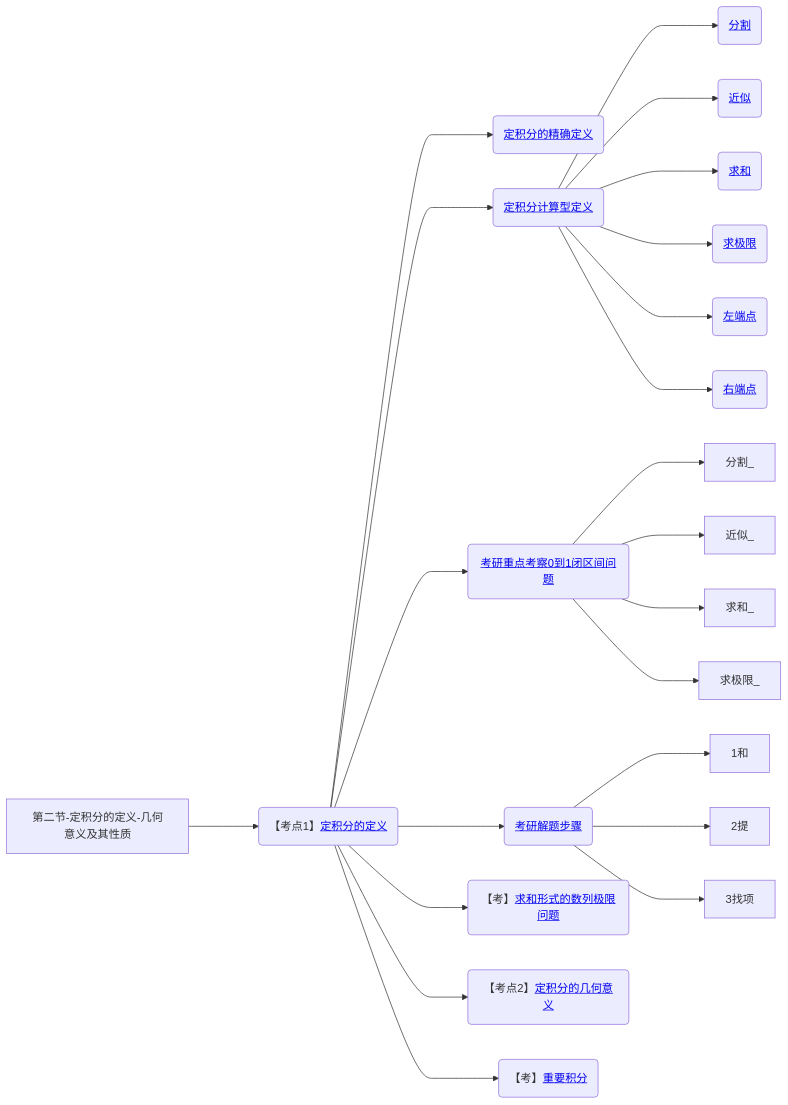
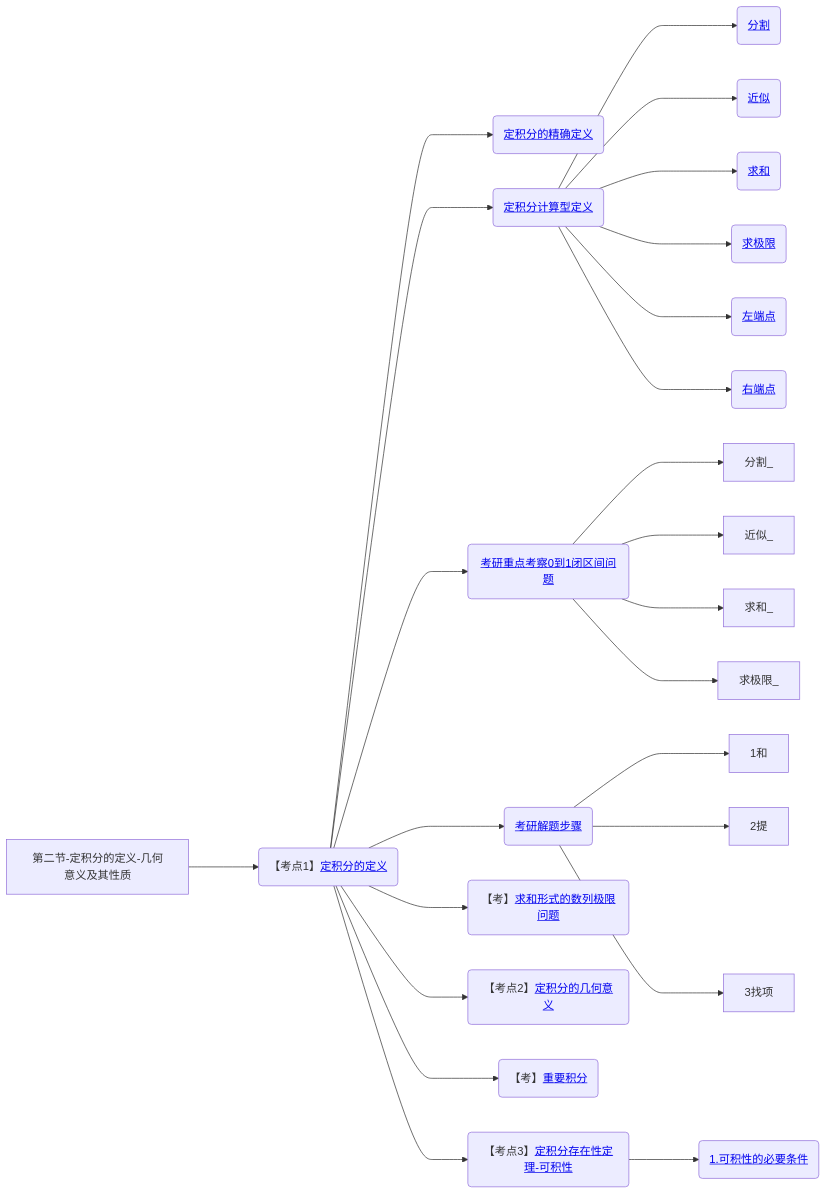
Before and after one commit to yuebinghui/note: diagram 19 of 19 in 笔记/数学/周洋鑫/01.基础班思维导图.md, drawn with Mermaid. The commit also changed 2 other files, not shown here.

Commit message:
Fri Dec 27 13:20:02 CST 2024

````diff
--- a/笔记/数学/周洋鑫/01.基础班思维导图.md
+++ b/笔记/数学/周洋鑫/01.基础班思维导图.md
@@ -694,34 +694,37 @@
 ```mermaid
 graph LR
 第二节-定积分的定义-几何意义及其性质
 
 第二节-定积分的定义-几何意义及其性质--->定积分的定义(【考点1】<a href="/Users/yuebinghui/Documents/program/github/note/笔记/数学/周洋鑫/基础班/21.定积分的定义_1.md#定积分的定义">定积分的定义</>)
 
 定积分的定义--->定积分的精确定义(<a href="/Users/yuebinghui/Documents/program/github/note/笔记/数学/周洋鑫/基础班/21.定积分的定义_1.md#定积分的精确定义">定积分的精确定义</>)
 定积分的精确定义
 定积分的定义--->定积分计算型定义(<a href="/Users/yuebinghui/Documents/program/github/note/笔记/数学/周洋鑫/基础班/21.定积分的定义_1.md#定积分计算型定义">定积分计算型定义</>)
 定积分计算型定义--->分割(<a href="/Users/yuebinghui/Documents/program/github/note/笔记/数学/周洋鑫/基础班/21.定积分的定义_1.md#分割">分割</>)
 定积分计算型定义--->近似(<a href="/Users/yuebinghui/Documents/program/github/note/笔记/数学/周洋鑫/基础班/21.定积分的定义_1.md#近似">近似</>)
 定积分计算型定义--->求和(<a href="/Users/yuebinghui/Documents/program/github/note/笔记/数学/周洋鑫/基础班/21.定积分的定义_1.md#求和">求和</>)
 定积分计算型定义--->求极限(<a href="/Users/yuebinghui/Documents/program/github/note/笔记/数学/周洋鑫/基础班/21.定积分的定义_1.md#求极限">求极限</>)
 定积分计算型定义--->左端点(<a href="/Users/yuebinghui/Documents/program/github/note/笔记/数学/周洋鑫/基础班/21.定积分的定义_1.md#左端点">左端点</>)
 定积分计算型定义--->右端点(<a href="/Users/yuebinghui/Documents/program/github/note/笔记/数学/周洋鑫/基础班/21.定积分的定义_1.md#右端点">右端点</>)
 
 定积分的定义--->考研重点考察0到1闭区间问题(<a href="/Users/yuebinghui/Documents/program/github/note/笔记/数学/周洋鑫/基础班/21.定积分的定义_1.md#考研重点考察0到1闭区间问题">考研重点考察0到1闭区间问题</>)
 考研重点考察0到1闭区间问题--->分割_
 考研重点考察0到1闭区间问题--->近似_
 考研重点考察0到1闭区间问题--->求和_
 考研重点考察0到1闭区间问题--->求极限_
 
 定积分的定义--->考研解题步骤(<a href="/Users/yuebinghui/Documents/program/github/note/笔记/数学/周洋鑫/基础班/21.定积分的定义_1.md#考研解题步骤">考研解题步骤</>)
 考研解题步骤--->1和
 考研解题步骤--->2提
 考研解题步骤--->3找项
 
 定积分的定义--->求和形式的数列极限问题(【考】<a href="/Users/yuebinghui/Documents/program/github/note/笔记/数学/周洋鑫/基础班/21.定积分的定义_1.md#求和形式的数列极限问题">求和形式的数列极限问题</>)
 
 定积分的定义--->定积分的几何意义(【考点2】<a href="/Users/yuebinghui/Documents/program/github/note/笔记/数学/周洋鑫/基础班/21.定积分的定义_1.md#定积分的几何意义">定积分的几何意义</>)
 定积分的定义--->重要积分(【考】<a href="/Users/yuebinghui/Documents/program/github/note/笔记/数学/周洋鑫/基础班/21.定积分的定义_1.md#重要积分">重要积分</>)
 
+定积分的定义--->定积分存在性定理-可积性(【考点3】<a href="/Users/yuebinghui/Documents/program/github/note/笔记/数学/周洋鑫/基础班/21.定积分的定义_1.md#定积分存在性定理-可积性">定积分存在性定理-可积性</>)
+定积分存在性定理-可积性--->1.可积性的必要条件(<a href="/Users/yuebinghui/Documents/program/github/note/笔记/数学/周洋鑫/基础班/21.定积分的定义_1.md#1.可积性的必要条件">1.可积性的必要条件</>)
+
 
 ```
````
